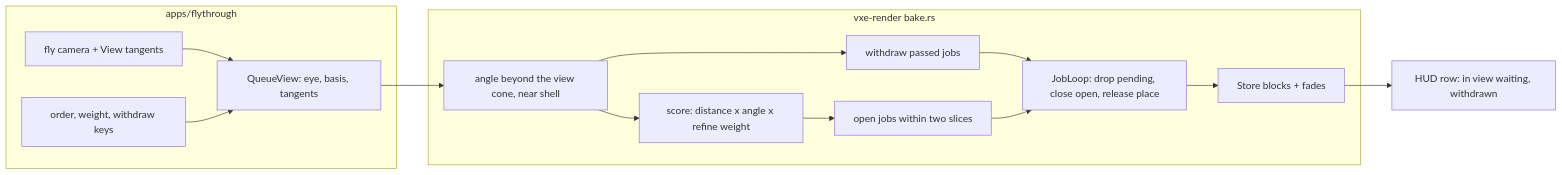
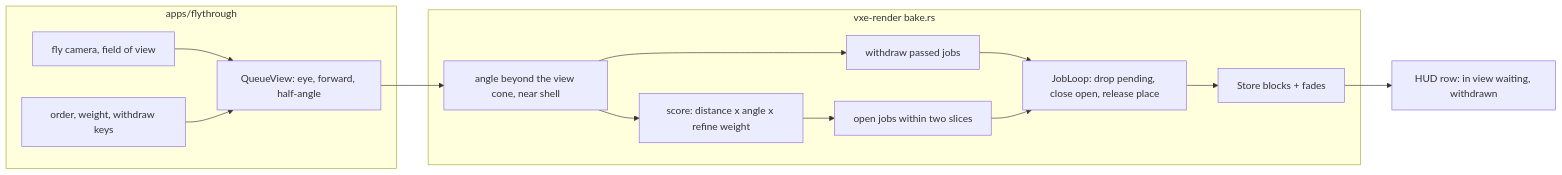
The diagram in docs/plans/0060-the-live-queue-by-the-view-and-withdrawing-passed-work.md (IgorKonovalov/voxel-engine), drawn with Mermaid before and after one commit. The commit also changed other lines of this file and 11 other files, not shown here.

````diff
--- a/docs/plans/0060-the-live-queue-by-the-view-and-withdrawing-passed-work.md
+++ b/docs/plans/0060-the-live-queue-by-the-view-and-withdrawing-passed-work.md
@@ -82,17 +98,17 @@
 ```mermaid
 flowchart LR
     subgraph app[apps/flythrough]
-        F[fly camera + View tangents] --> QV[QueueView: eye, basis, tangents]
+        F[fly camera, field of view] --> QV[QueueView: eye, forward, half-angle]
         K[order, weight, withdraw keys] --> QV
     end
     subgraph render[vxe-render bake.rs]
         QV --> T[angle beyond the view cone, near shell]
         T --> S[score: distance x angle x refine weight]
         S --> O[open jobs within two slices]
         T --> W[withdraw passed jobs]
         W --> L[JobLoop: drop pending, close open, release place]
         O --> L
         L --> St[Store blocks + fades]
     end
     St --> HUD[HUD row: in view waiting, withdrawn]
 ```
````
